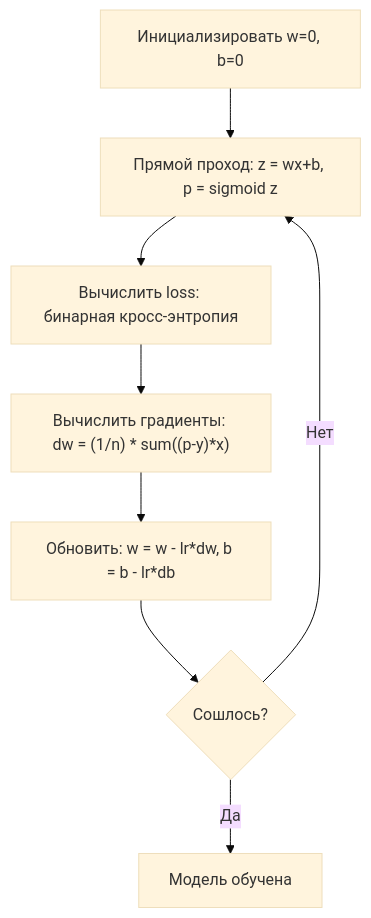
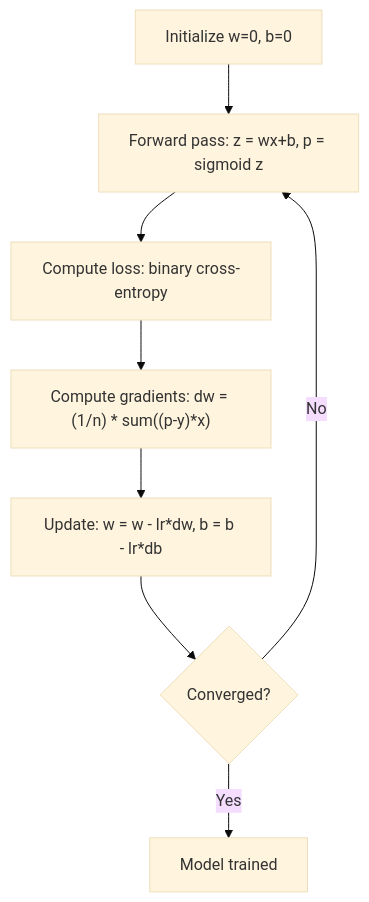
The second of 2 diagrams in phases/02-ml-fundamentals/03-logistic-regression/docs/ru.md (stabuev/ai-engineering-from-scratch), drawn with Mermaid (base theme) before and after one commit. The commit also changed other lines of this file and 182 other files, not shown here.

````diff
--- a/phases/02-ml-fundamentals/03-logistic-regression/docs/ru.md
+++ b/phases/02-ml-fundamentals/03-logistic-regression/docs/ru.md
@@ -102,10 +102,10 @@
 ```mermaid
 flowchart TD
-    A[Инициализировать w=0, b=0] --> B[Прямой проход: z = wx+b, p = sigmoid z]
-    B --> C[Вычислить loss: бинарная кросс-энтропия]
-    C --> D["Вычислить градиенты: dw = (1/n) * sum((p-y)*x)"]
-    D --> E[Обновить: w = w - lr*dw, b = b - lr*db]
-    E --> F{Сошлось?}
-    F -->|Нет| B
-    F -->|Да| G[Модель обучена]
+    A[Initialize w=0, b=0] --> B[Forward pass: z = wx+b, p = sigmoid z]
+    B --> C[Compute loss: binary cross-entropy]
+    C --> D["Compute gradients: dw = (1/n) * sum((p-y)*x)"]
+    D --> E[Update: w = w - lr*dw, b = b - lr*db]
+    E --> F{Converged?}
+    F -->|No| B
+    F -->|Yes| G[Model trained]
 ```
````
